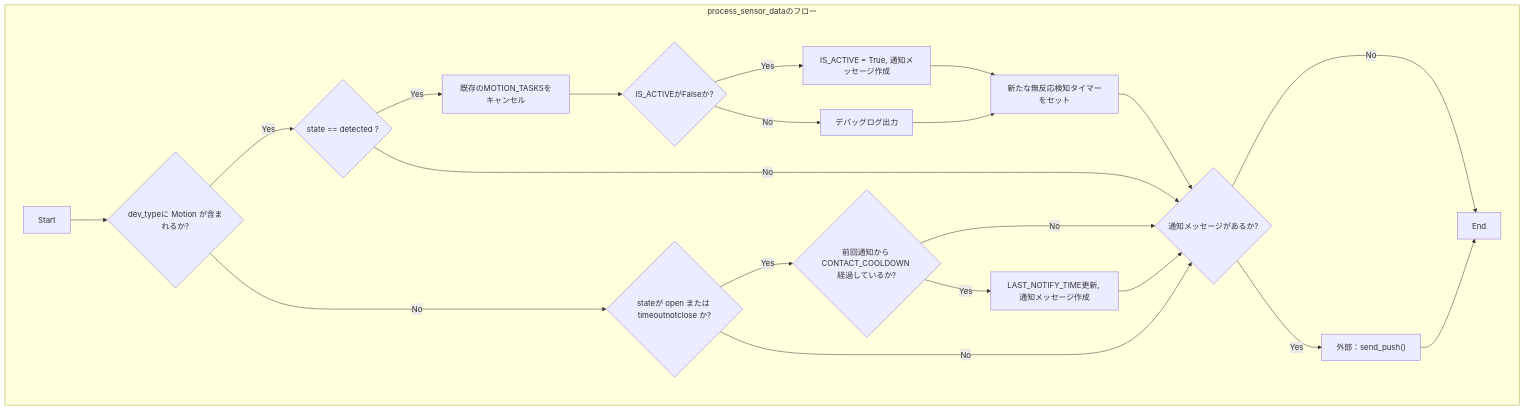
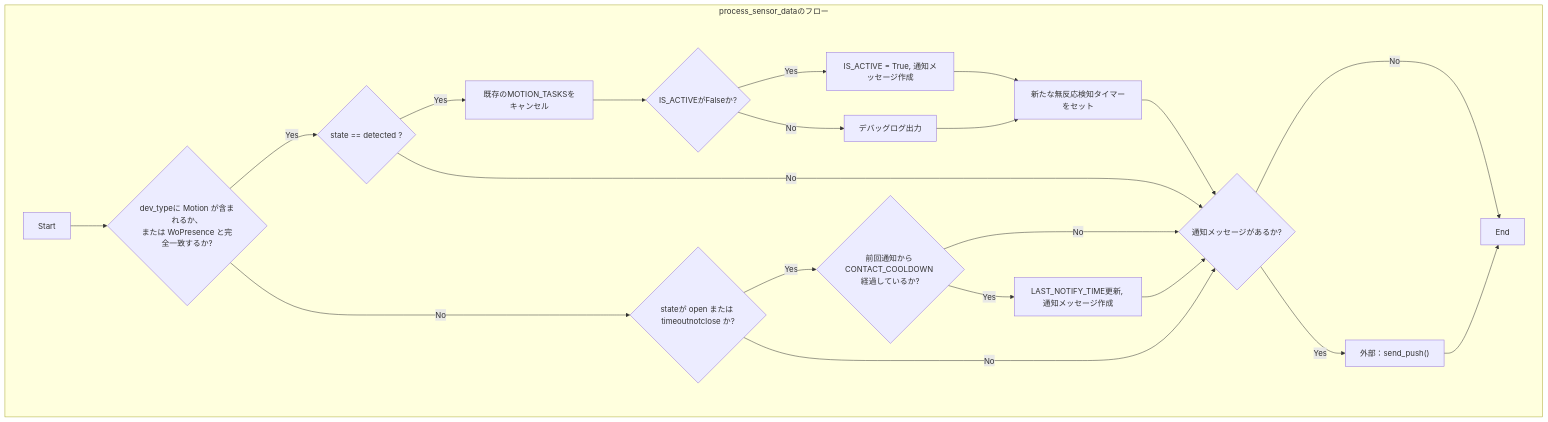
One commit to mmtigers/my_python_project changed the first of 3 diagrams in docs/specifications/MY_HOME_SYSTEM/sensor_service.md. Above: the diagram before and after it, drawn with Mermaid. The commit also changed other lines of this file and 1 other file, not shown here.

````diff
--- a/docs/specifications/MY_HOME_SYSTEM/sensor_service.md
+++ b/docs/specifications/MY_HOME_SYSTEM/sensor_service.md
@@ -191,27 +191,27 @@
 ```mermaid
 flowchart TD
   subgraph process_sensor_data_flow [process_sensor_dataのフロー]
-    A[Start] --> B{"dev_typeに Motion が含まれるか?"}
+    A[Start] --> B{"dev_typeに Motion が含まれるか、<br>または WoPresence と完全一致するか?"}
     B -- Yes --> C{"state == detected ?"}
     C -- Yes --> D["既存のMOTION_TASKSをキャンセル"]
     D --> E{"IS_ACTIVEがFalseか?"}
     E -- Yes --> F["IS_ACTIVE = True, 通知メッセージ作成"]
     E -- No --> G["デバッグログ出力"]
     F --> H["新たな無反応検知タイマーをセット"]
     G --> H
     H --> I{"通知メッセージがあるか?"}
     C -- No --> I
 
     B -- No --> J{"stateが open または timeoutnotclose か?"}
     J -- Yes --> K{"前回通知から CONTACT_COOLDOWN 経過しているか?"}
     K -- Yes --> L["LAST_NOTIFY_TIME更新, 通知メッセージ作成"]
     K -- No --> I
     L --> I
     J -- No --> I
 
     I -- Yes --> M["外部：send_push()"]
     I -- No --> N[End]
     M --> N
   end
 
 ```
````
